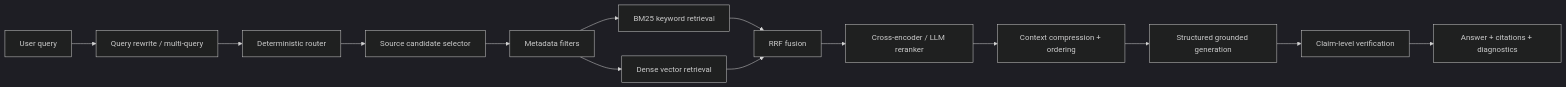
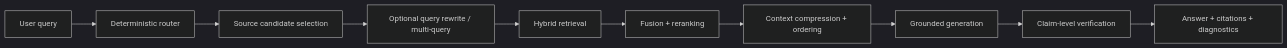
One commit to Tyler03118/ME_Agent changed the second of 2 diagrams in docs/scalability_plan_showcase.md. Above: the diagram before and after it, drawn with Mermaid (dark theme). The commit also changed other lines of this file and 1 other file, not shown here.

````diff
--- a/docs/scalability_plan_showcase.md
+++ b/docs/scalability_plan_showcase.md
@@ -76,16 +25,12 @@
 ```mermaid
 flowchart LR
-    Q["User query"] --> QR["Query rewrite / multi-query"]
-    QR --> R["Deterministic router"]
-    R --> S["Source candidate selector"]
-    S --> M["Metadata filters"]
-    M --> K["BM25 keyword retrieval"]
-    M --> V["Dense vector retrieval"]
-    K --> F["RRF fusion"]
-    V --> F
-    F --> X["Cross-encoder / LLM reranker"]
-    X --> C["Context compression + ordering"]
-    C --> G["Structured grounded generation"]
-    G --> VFY["Claim-level verification"]
-    VFY --> O["Answer + citations + diagnostics"]
+    Q["User query"] --> R["Deterministic router"]
+    R --> S["Source candidate selection"]
+    S --> T["Optional query rewrite / multi-query"]
+    T --> H["Hybrid retrieval"]
+    H --> F["Fusion + reranking"]
+    F --> C["Context compression + ordering"]
+    C --> G["Grounded generation"]
+    G --> V["Claim-level verification"]
+    V --> O["Answer + citations + diagnostics"]
 ```
````
